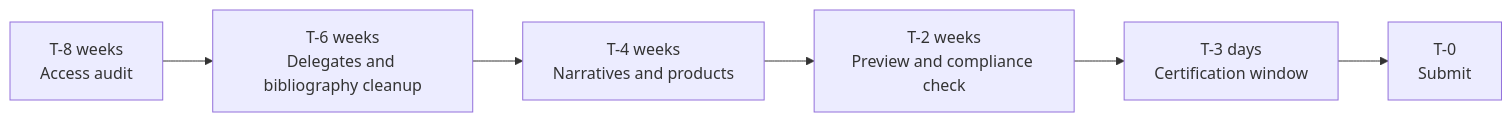
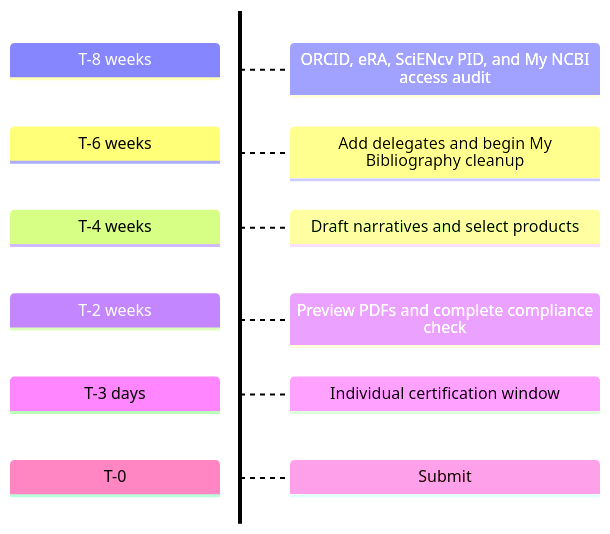
The diagram in docs/transition/department-plan.md (FritscheLab/nih-sciencv-playbook), drawn with Mermaid before and after one commit. The commit also changed other lines of this file and 60 other files, not shown here.

````diff
--- a/docs/transition/department-plan.md
+++ b/docs/transition/department-plan.md
@@ -18,10 +18,11 @@
 ```mermaid
-flowchart LR
-    accTitle: Department rollout milestone timeline
-    accDescr: A countdown timeline for department rollout from access audit at T minus 8 weeks through certification and submission.
-    A["T-8 weeks<br/>Access audit"] --> B["T-6 weeks<br/>Delegates and bibliography cleanup"]
-    B --> C["T-4 weeks<br/>Narratives and products"]
-    C --> D["T-2 weeks<br/>Preview and compliance check"]
-    D --> E["T-3 days<br/>Certification window"]
-    E --> F["T-0<br/>Submit"]
+timeline TD
+    accTitle: Submission preparation milestone timeline
+    accDescr: A countdown timeline for submission preparation from access audit at T minus 8 weeks through certification and submission.
+    T-8 weeks : ORCID, eRA, SciENcv PID, and My NCBI access audit
+    T-6 weeks : Add delegates and begin My Bibliography cleanup
+    T-4 weeks : Draft narratives and select products
+    T-2 weeks : Preview PDFs and complete compliance check
+    T-3 days : Individual certification window
+    T-0 : Submit
 ```
````
